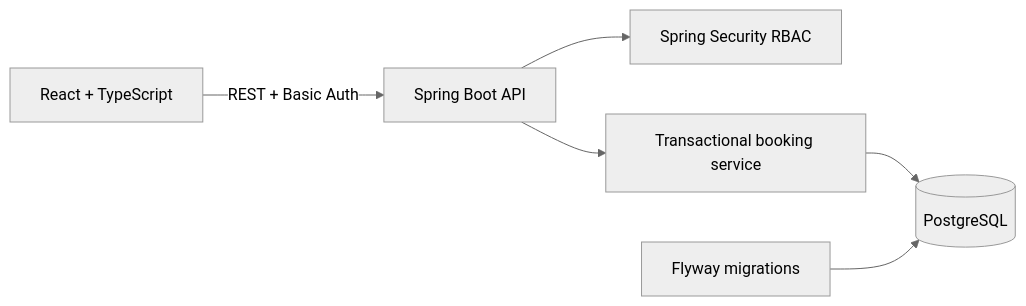
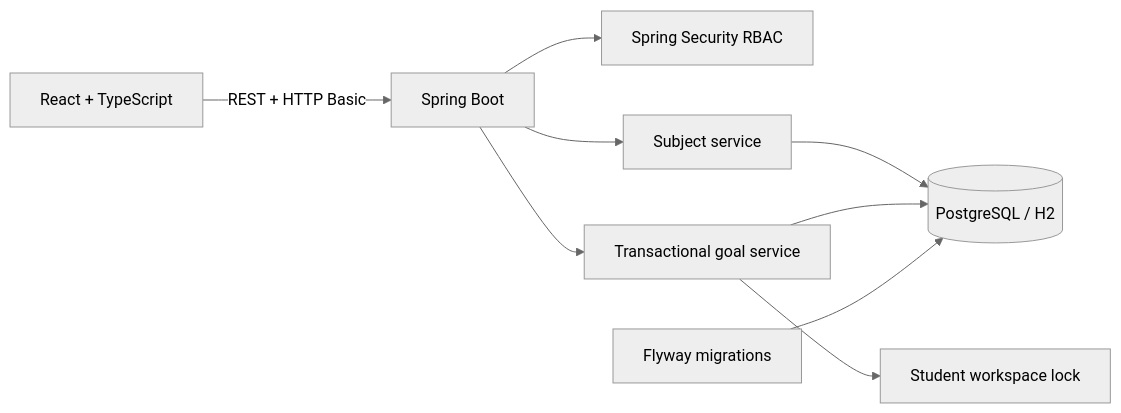
One commit to Weisheng02/degreeflow changed the first of 2 diagrams in README.md. Above: the diagram before and after it, drawn with Mermaid (neutral theme). The commit also changed other lines of this file and 64 other files, not shown here.

````diff
--- a/README.md
+++ b/README.md
@@ -39,8 +29,11 @@
 ```mermaid
 flowchart LR
-    Browser[React + TypeScript] -->|REST + Basic Auth| API[Spring Boot API]
+    UI[React + TypeScript] -->|REST + HTTP Basic| API[Spring Boot]
     API --> Security[Spring Security RBAC]
-    API --> Service[Transactional booking service]
-    Service --> DB[(PostgreSQL)]
+    API --> Subject[Subject service]
+    API --> Goal[Transactional goal service]
+    Goal --> Lock[Student workspace lock]
+    Subject --> DB[(PostgreSQL / H2)]
+    Goal --> DB
     Flyway[Flyway migrations] --> DB
 ```
````
